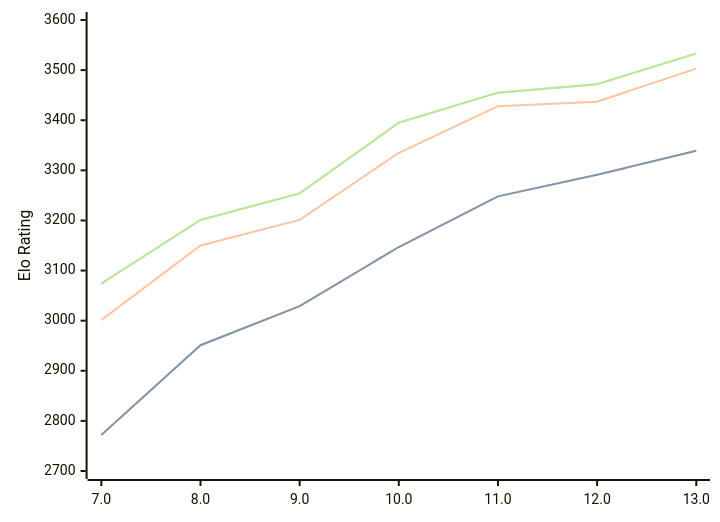
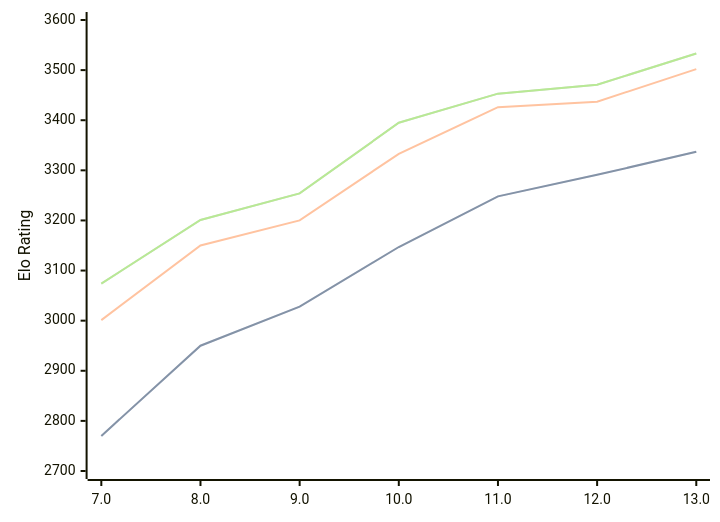
Before and after one commit to computer-chess-index/cci: the diagram in engines/Tcheran.md, drawn with Mermaid. The commit also changed other lines of this file, not shown here.

Commit message:
Update CCI Ratings (ELO VLTC) - 2026-10-01

````diff
--- a/engines/Tcheran.md
+++ b/engines/Tcheran.md
@@ -37,11 +37,11 @@
 ```mermaid
 %%{init: {"theme":"base","themeVariables":{"seriesColors:['#a3a3a3','#222221','#faa371']}}}%%
 xychart-beta
   x-axis ["7.0", "8.0", "9.0", "10.0", "11.0", "12.0", "13.0"]
   y-axis "Elo Rating" 2700 --> 3600
-  line "" [2772, 2951, 3029, 3147, 3248, 3291, 3339]
-  line "STC (8.0+0.08s)" [2772, 2951, 3029, 3147, 3248, 3291, 3339]
-  line "LTC (60.0+0.60s)" [3001, 3150, 3201, 3335, 3428, 3437, 3503]
-  line "" [3074, 3201, 3254, 3395, 3455, 3472, 3533]
-  line "VLTC (2m24s+1.12s)" [3074, 3201, 3254, 3395, 3455, 3472, 3533]
+  line "" [2770, 2950, 3028, 3147, 3248, 3291, 3337]
+  line "STC (8.0+0.08s)" [2770, 2950, 3028, 3147, 3248, 3291, 3337]
+  line "LTC (60.0+0.60s)" [3001, 3150, 3200, 3333, 3426, 3437, 3502]
+  line "" [3074, 3201, 3254, 3395, 3453, 3471, 3533]
+  line "VLTC (2m24s+1.12s)" [3074, 3201, 3254, 3395, 3453, 3471, 3533]
 ```
````
